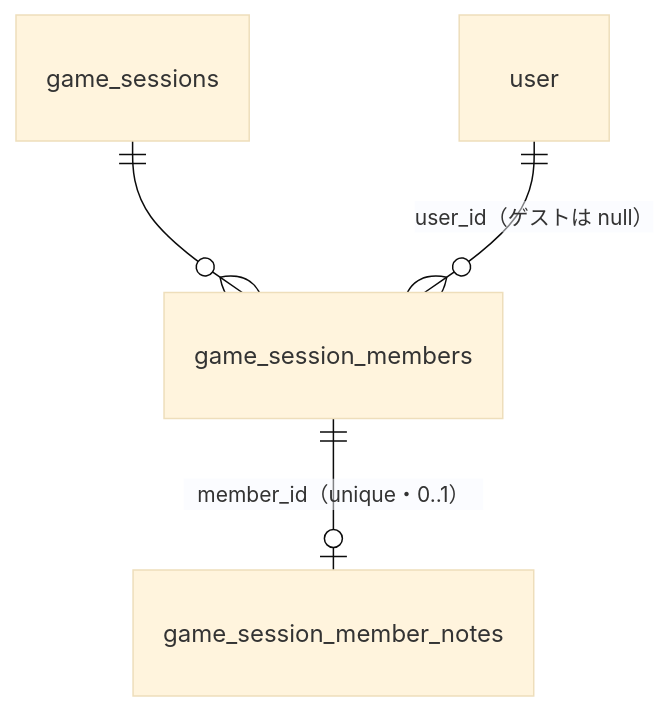
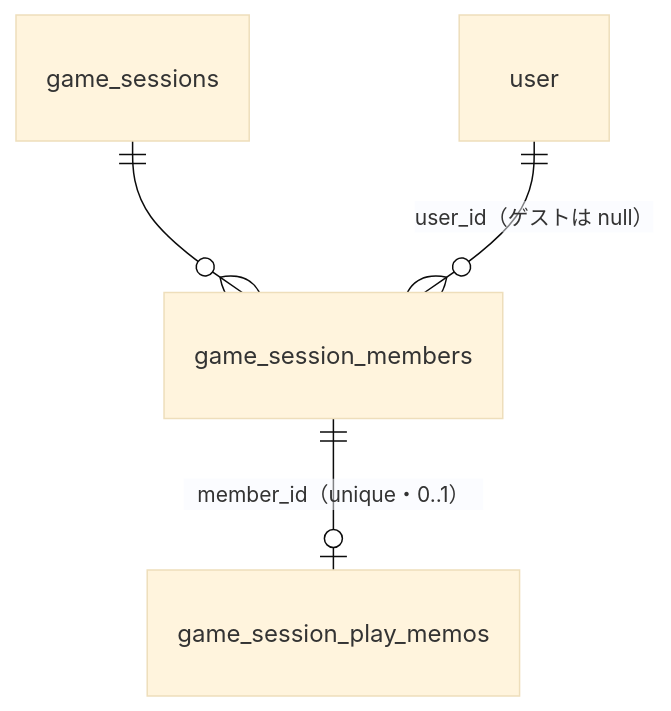
One commit to dot-ma801/taku-biyori changed the second of 2 diagrams in docs/design-v1.2.md. Above: the diagram before and after it, drawn with Mermaid (base theme). The commit also changed other lines of this file and 1 other file, not shown here.

First line of the commit message:
[update] 概念名を英語・日本語ともに play memo / プレイメモ に統一

````diff
--- a/docs/design-v1.2.md
+++ b/docs/design-v1.2.md
@@ -119,6 +123,6 @@
 ```mermaid
 erDiagram
     game_sessions ||--o{ game_session_members : ""
-    game_session_members ||--o| game_session_member_notes : "member_id（unique・0..1）"
+    game_session_members ||--o| game_session_play_memos : "member_id（unique・0..1）"
     user ||--o{ game_session_members : "user_id（ゲストは null）"
 ```
````
